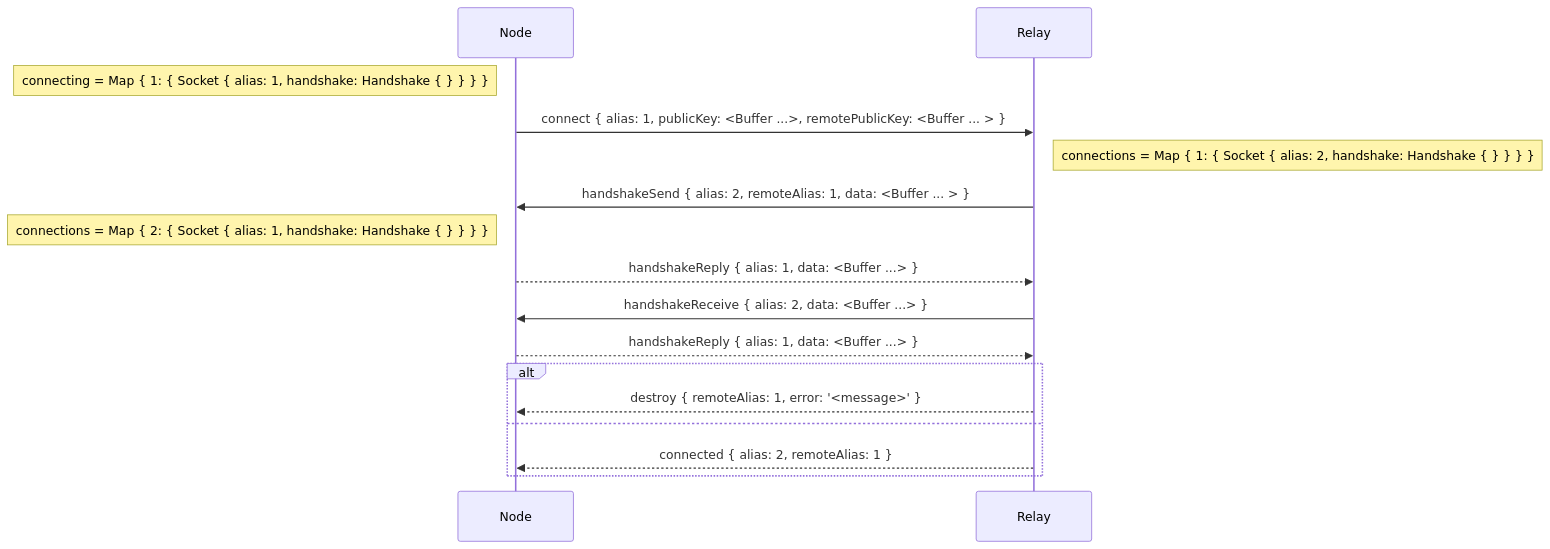
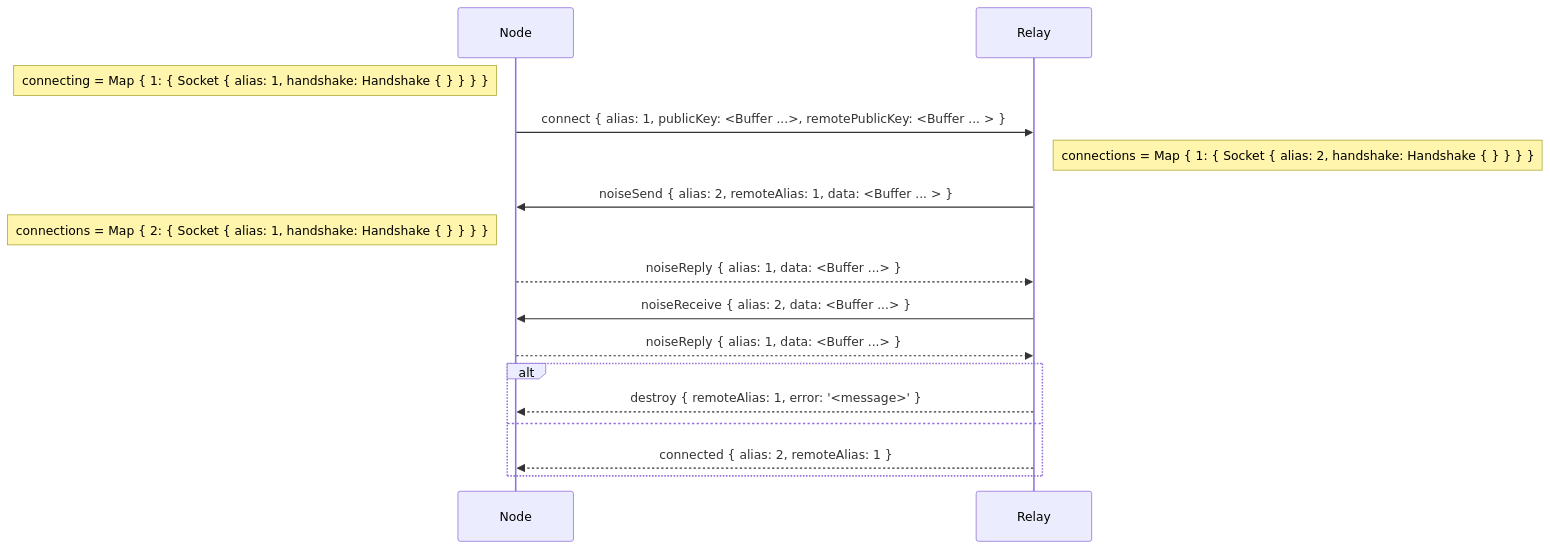
One commit to holepunchto/hyperswarm-dht-relay changed the diagram in media/diagrams/connect-handshake.mmd. Above: the diagram before and after it, drawn with Mermaid. The commit also changed 1 other file, not shown here.

Commit message:
`handshake*` -> `noise*`

```diff
--- a/media/diagrams/connect-handshake.mmd
+++ b/media/diagrams/connect-handshake.mmd
@@ -1,25 +1,25 @@
 sequenceDiagram
   participant N as Node
   participant R as Relay
 
   note left of N: connecting = Map { 1: { Socket { alias: 1, handshake: Handshake { } } } }
 
   N->>R: connect { alias: 1, publicKey: <Buffer ...>, remotePublicKey: <Buffer ... > }
 
   note right of R: connections = Map { 1: { Socket { alias: 2, handshake: Handshake { } } } }
 
-  R->>N: handshakeSend { alias: 2, remoteAlias: 1, data: <Buffer ... > }
+  R->>N: noiseSend { alias: 2, remoteAlias: 1, data: <Buffer ... > }
 
   note left of N: connections = Map { 2: { Socket { alias: 1, handshake: Handshake { } } } }
 
-  N-->>R: handshakeReply { alias: 1, data: <Buffer ...> }
+  N-->>R: noiseReply { alias: 1, data: <Buffer ...> }
 
-  R->>N: handshakeReceive { alias: 2, data: <Buffer ...> }
+  R->>N: noiseReceive { alias: 2, data: <Buffer ...> }
 
-  N-->>R: handshakeReply { alias: 1, data: <Buffer ...> }
+  N-->>R: noiseReply { alias: 1, data: <Buffer ...> }
 
   alt
     R-->>N: destroy { remoteAlias: 1, error: '<message>' }
   else
     R-->>N: connected { alias: 2, remoteAlias: 1  }
   end
```
